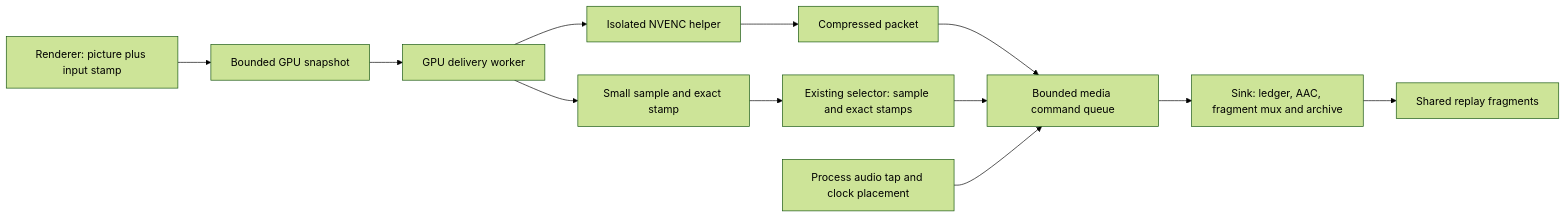
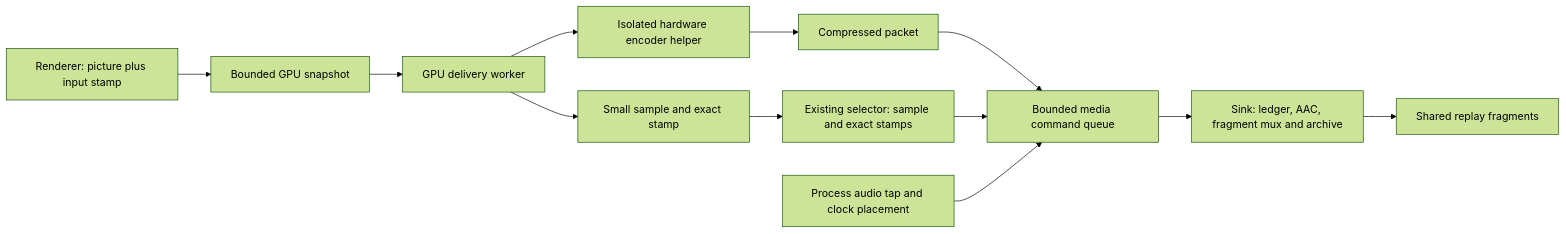
The diagram in docs/replay-gpu-runtime.md (griffinbeels/SM64-Trainer), drawn with Mermaid (forest theme) before and after one commit. The commit also changed other lines of this file and 4 other files, not shown here.

````diff
--- a/docs/replay-gpu-runtime.md
+++ b/docs/replay-gpu-runtime.md
@@ -179,14 +179,14 @@
 ```mermaid
 flowchart LR
   R[Renderer: picture plus input stamp] --> S[Bounded GPU snapshot]
   S --> G[GPU delivery worker]
-  G --> E[Isolated NVENC helper]
+  G --> E[Isolated hardware encoder helper]
   G --> M[Small sample and exact stamp]
   E --> P[Compressed packet]
   M --> A[Existing selector: sample and exact stamps]
   P --> Q[Bounded media command queue]
   A --> Q
   PCM[Process audio tap and clock placement] --> Q
   Q --> W[Sink: ledger, AAC, fragment mux and archive]
   W --> V[Shared replay fragments]
 ```
````
